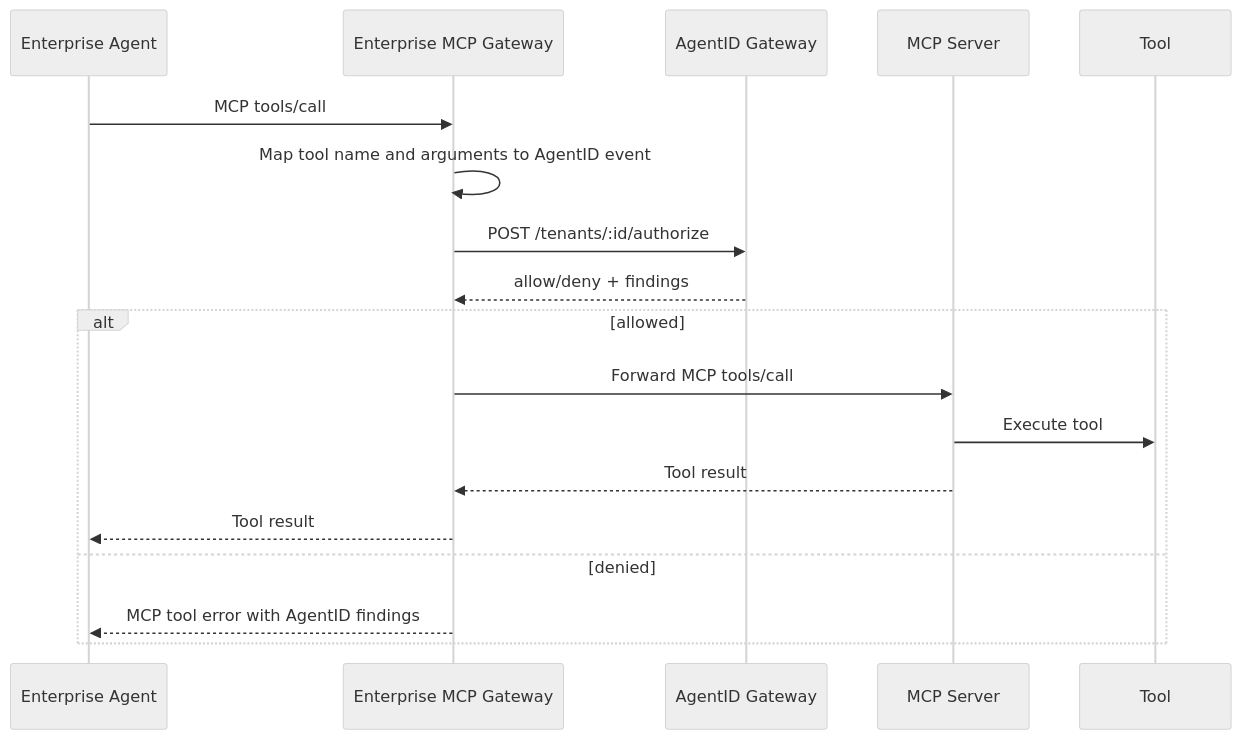
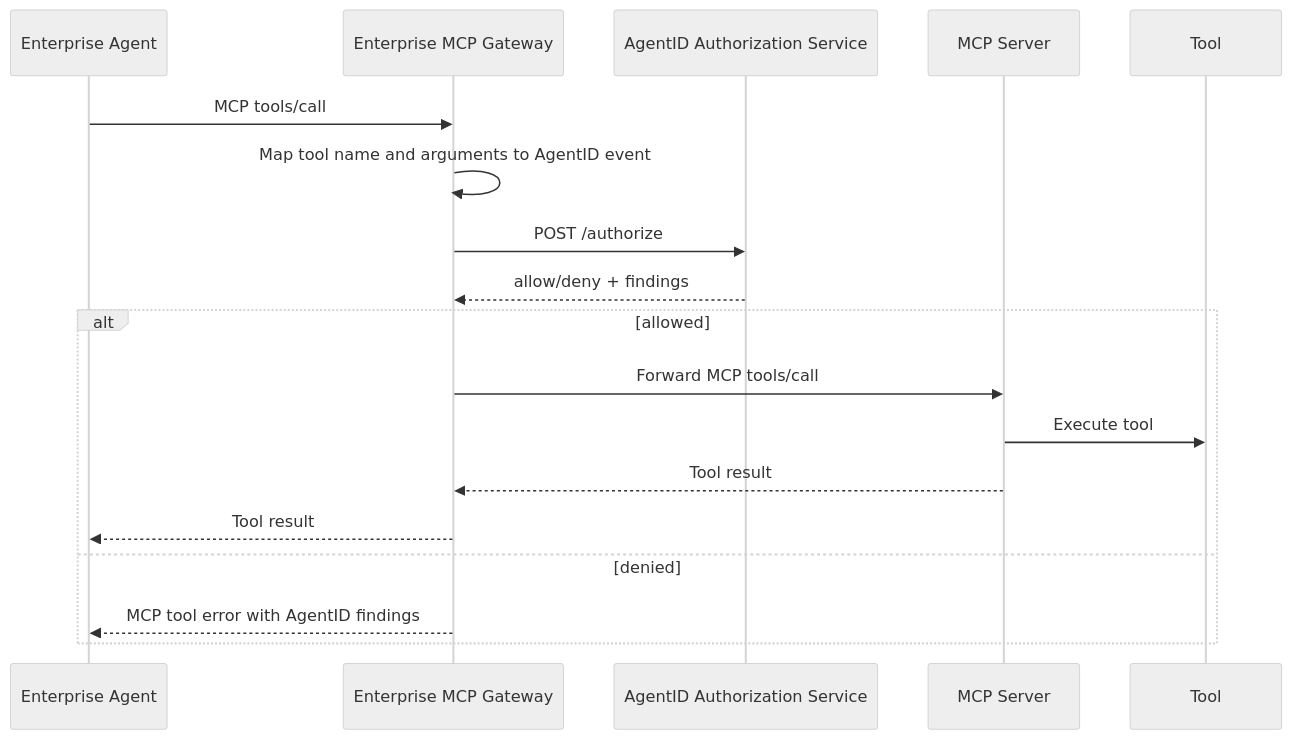
One commit to dinpd/AgentAction changed the diagram in docs/mcp-gateway-integration.md. Above: the diagram before and after it, drawn with Mermaid (neutral theme). The commit also changed other lines of this file and 3 other files, not shown here.

Commit message:
Clarify AgentID gateway topology

````diff
--- a/docs/mcp-gateway-integration.md
+++ b/docs/mcp-gateway-integration.md
@@ -32,21 +36,21 @@
 ```mermaid
 sequenceDiagram
     participant Agent as Enterprise Agent
     participant MCP as Enterprise MCP Gateway
-    participant AgentID as AgentID Gateway
+    participant AgentID as AgentID Authorization Service
     participant Server as MCP Server
     participant Tool as Tool
 
     Agent->>MCP: MCP tools/call
     MCP->>MCP: Map tool name and arguments to AgentID event
-    MCP->>AgentID: POST /tenants/:id/authorize
+    MCP->>AgentID: POST /authorize
     AgentID-->>MCP: allow/deny + findings
     alt allowed
         MCP->>Server: Forward MCP tools/call
         Server->>Tool: Execute tool
         Server-->>MCP: Tool result
         MCP-->>Agent: Tool result
     else denied
         MCP-->>Agent: MCP tool error with AgentID findings
     end
 ```
````
